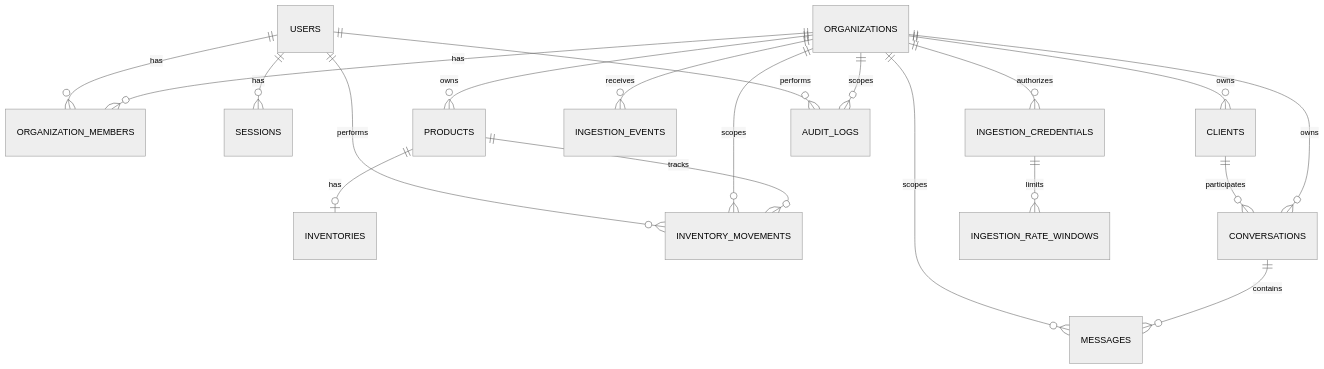
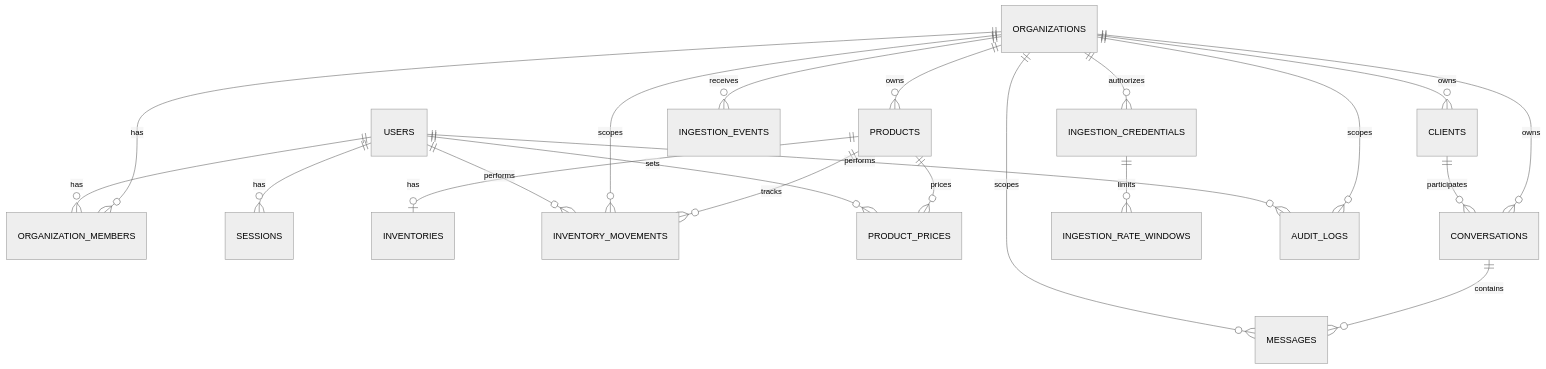
Before and after one commit to benjamurilloo/AI-WhatsApp-Agent-CRM: the diagram in docs/architecture/DataModel.md, drawn with Mermaid (neutral theme). The commit also changed other lines of this file and 31 other files, not shown here.

````diff
--- a/docs/architecture/DataModel.md
+++ b/docs/architecture/DataModel.md
@@ -33,21 +33,23 @@
 ```mermaid
 erDiagram
     ORGANIZATIONS ||--o{ ORGANIZATION_MEMBERS : has
     USERS ||--o{ ORGANIZATION_MEMBERS : has
     USERS ||--o{ SESSIONS : has
     ORGANIZATIONS ||--o{ CLIENTS : owns
     ORGANIZATIONS ||--o{ PRODUCTS : owns
     PRODUCTS ||--o| INVENTORIES : has
     PRODUCTS ||--o{ INVENTORY_MOVEMENTS : tracks
+    PRODUCTS ||--o{ PRODUCT_PRICES : prices
+    USERS ||--o{ PRODUCT_PRICES : sets
     ORGANIZATIONS ||--o{ INVENTORY_MOVEMENTS : scopes
     ORGANIZATIONS ||--o{ CONVERSATIONS : owns
     CLIENTS ||--o{ CONVERSATIONS : participates
     CONVERSATIONS ||--o{ MESSAGES : contains
     ORGANIZATIONS ||--o{ MESSAGES : scopes
     ORGANIZATIONS ||--o{ INGESTION_EVENTS : receives
     ORGANIZATIONS ||--o{ INGESTION_CREDENTIALS : authorizes
     INGESTION_CREDENTIALS ||--o{ INGESTION_RATE_WINDOWS : limits
     ORGANIZATIONS ||--o{ AUDIT_LOGS : scopes
     USERS ||--o{ AUDIT_LOGS : performs
     USERS ||--o{ INVENTORY_MOVEMENTS : performs
 ```
````
